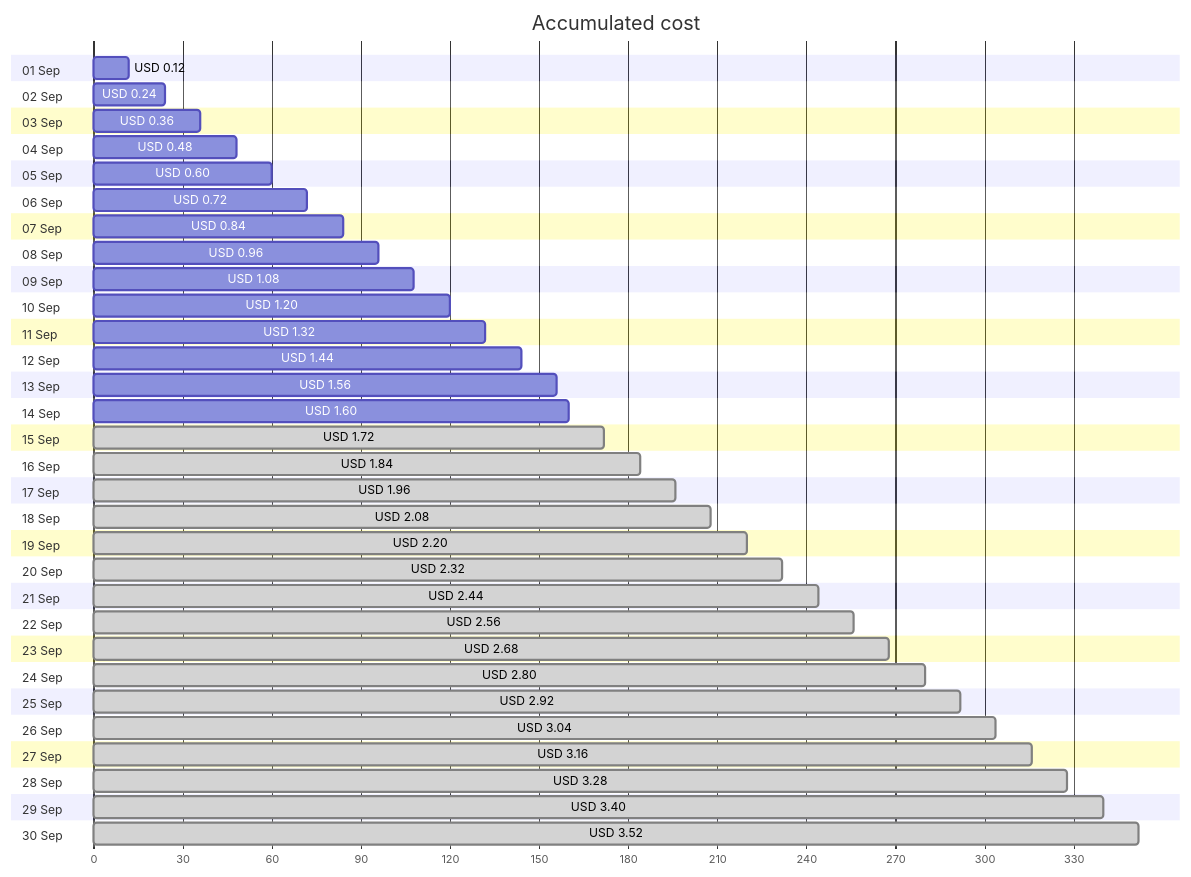
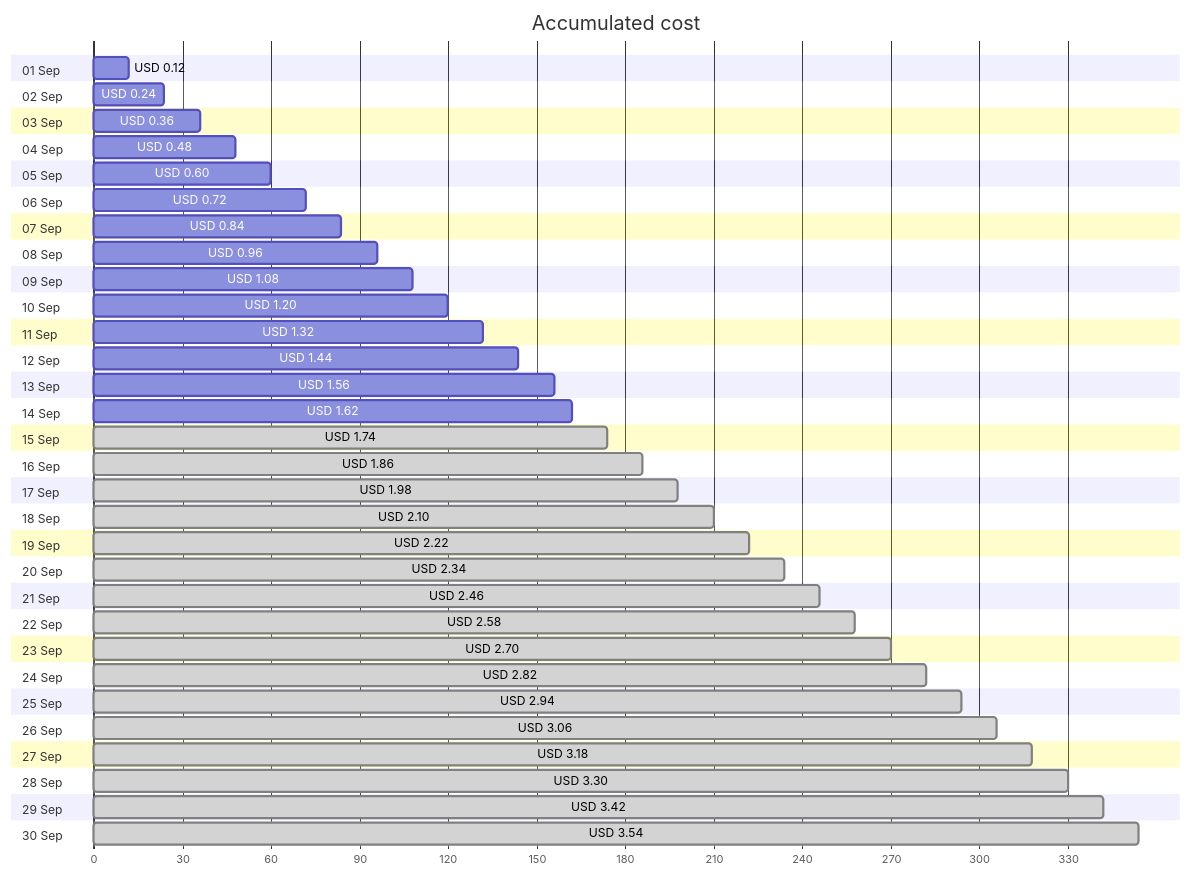
The first of 4 diagrams in cost-reports/personal-network/ubuntu-backup-server-spot-ip.md (jpfulton/azure-personal-reports), drawn with Mermaid before and after one commit. The commit also changed other lines of this file and 34 other files, not shown here.

````diff
--- a/cost-reports/personal-network/ubuntu-backup-server-spot-ip.md
+++ b/cost-reports/personal-network/ubuntu-backup-server-spot-ip.md
@@ -20,66 +20,66 @@
 ```mermaid
 gantt
    title Accumulated cost
    dateFormat  X
    axisFormat %s
    section 01 Sep
    USD 0.12 :0, 12
    section 02 Sep
    USD 0.24 :0, 24
    section 03 Sep
    USD 0.36 :0, 36
    section 04 Sep
    USD 0.48 :0, 48
    section 05 Sep
    USD 0.60 :0, 60
    section 06 Sep
    USD 0.72 :0, 72
    section 07 Sep
    USD 0.84 :0, 84
    section 08 Sep
    USD 0.96 :0, 96
    section 09 Sep
    USD 1.08 :0, 108
    section 10 Sep
    USD 1.20 :0, 120
    section 11 Sep
    USD 1.32 :0, 132
    section 12 Sep
    USD 1.44 :0, 144
    section 13 Sep
    USD 1.56 :0, 156
    section 14 Sep
-   USD 1.60 :0, 160
+   USD 1.62 :0, 162
    section 15 Sep
-   USD 1.72 : done, 0, 172
+   USD 1.74 : done, 0, 174
    section 16 Sep
-   USD 1.84 : done, 0, 184
+   USD 1.86 : done, 0, 186
    section 17 Sep
-   USD 1.96 : done, 0, 196
+   USD 1.98 : done, 0, 198
    section 18 Sep
-   USD 2.08 : done, 0, 208
+   USD 2.10 : done, 0, 210
    section 19 Sep
-   USD 2.20 : done, 0, 220
+   USD 2.22 : done, 0, 222
    section 20 Sep
-   USD 2.32 : done, 0, 232
+   USD 2.34 : done, 0, 234
    section 21 Sep
-   USD 2.44 : done, 0, 244
+   USD 2.46 : done, 0, 246
    section 22 Sep
-   USD 2.56 : done, 0, 256
+   USD 2.58 : done, 0, 258
    section 23 Sep
-   USD 2.68 : done, 0, 268
+   USD 2.70 : done, 0, 270
    section 24 Sep
-   USD 2.80 : done, 0, 280
+   USD 2.82 : done, 0, 282
    section 25 Sep
-   USD 2.92 : done, 0, 292
+   USD 2.94 : done, 0, 294
    section 26 Sep
-   USD 3.04 : done, 0, 304
+   USD 3.06 : done, 0, 306
    section 27 Sep
-   USD 3.16 : done, 0, 316
+   USD 3.18 : done, 0, 318
    section 28 Sep
-   USD 3.28 : done, 0, 328
+   USD 3.30 : done, 0, 330
    section 29 Sep
-   USD 3.40 : done, 0, 340
+   USD 3.42 : done, 0, 342
    section 30 Sep
-   USD 3.52 : done, 0, 352
+   USD 3.54 : done, 0, 354
 ```
````
